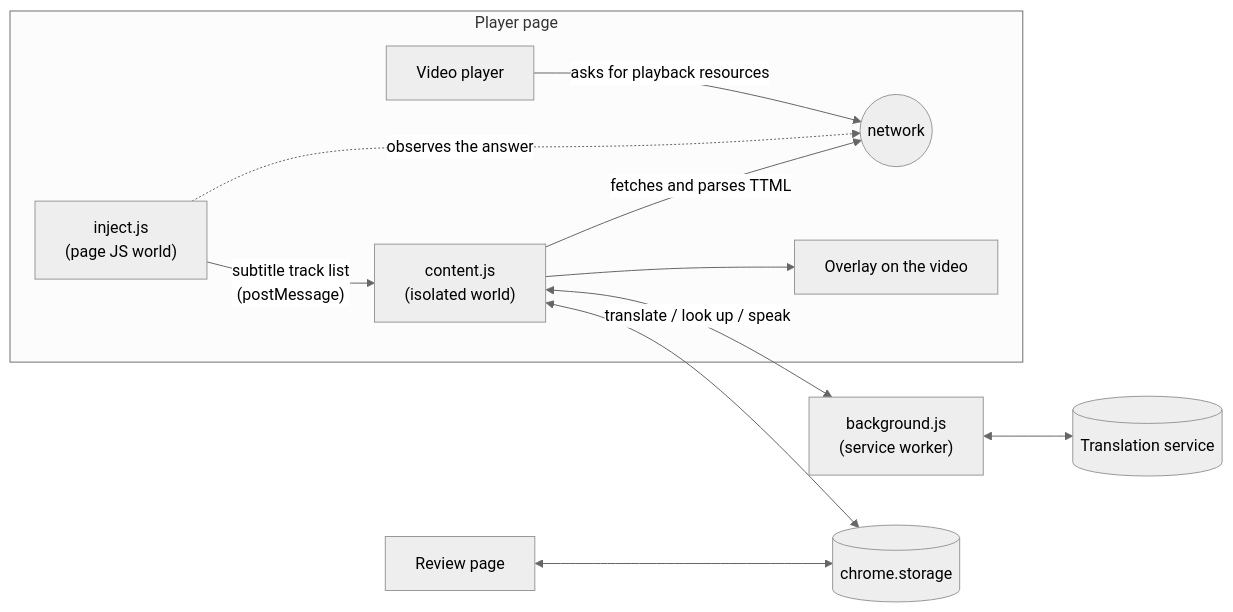
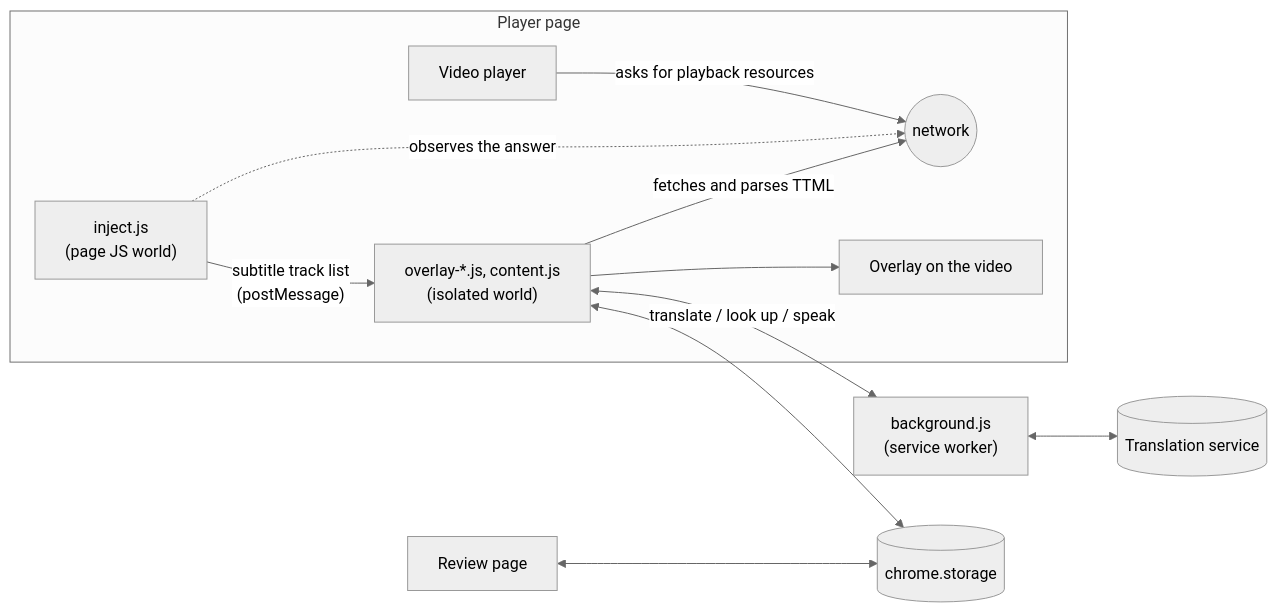
The diagram in README.md (umutgokbulak/SceneLingo), drawn with Mermaid (neutral theme) before and after one commit. The commit also changed other lines of this file and 20 other files, not shown here.

````diff
--- a/README.md
+++ b/README.md
@@ -167,17 +167,17 @@
 ```mermaid
 flowchart LR
   subgraph Page["Player page"]
     P[Video player] -- "asks for playback resources" --> N((network))
     H["inject.js<br>(page JS world)"] -. "observes the answer" .-> N
-    C["content.js<br>(isolated world)"]
+    C["overlay-*.js, content.js<br>(isolated world)"]
     O[Overlay on the video]
     H -- "subtitle track list<br>(postMessage)" --> C
     C -- "fetches and parses TTML" --> N
     C --> O
   end
   B["background.js<br>(service worker)"]
   C <-- "translate / look up / speak" --> B
   B <--> G[(Translation service)]
   C <--> S[(chrome.storage)]
   R[Review page] <--> S
 ```
````
